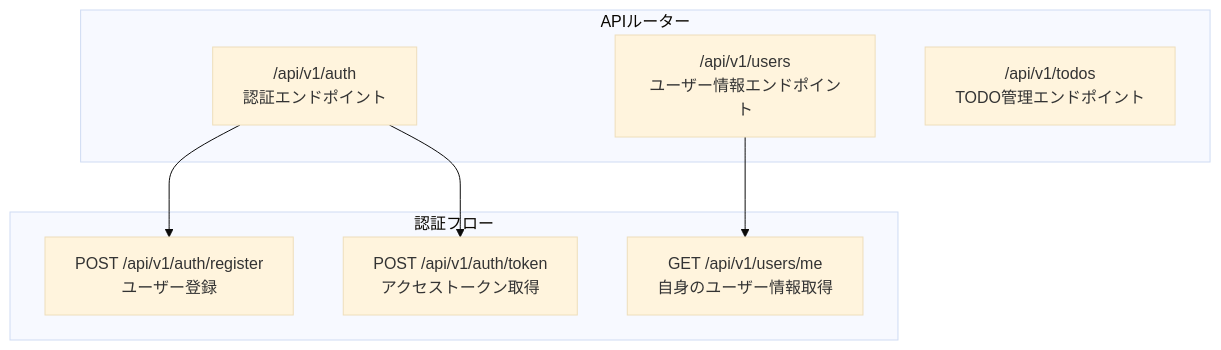
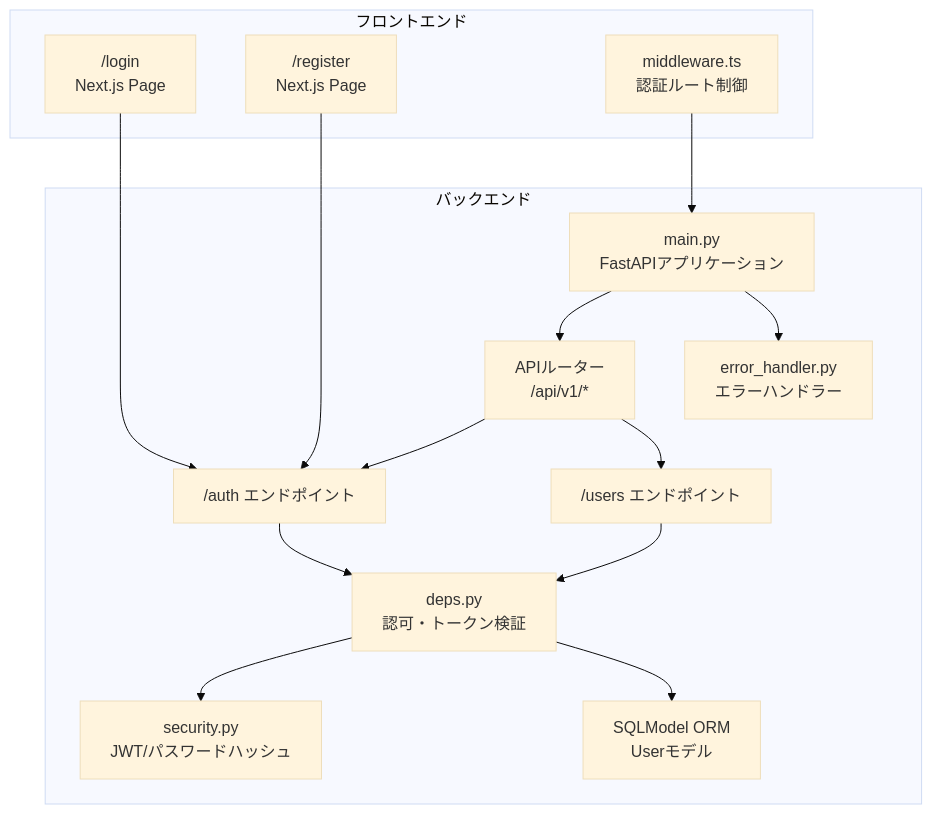
The first of 5 diagrams in .qoder/repowiki/ja/content/APIリファレンス/ユーザーAPI.md (ss8806/Todos), drawn with Mermaid (base theme) before and after one commit. The commit also changed other lines of this file and 106 other files, not shown here.

````diff
--- a/.qoder/repowiki/ja/content/APIリファレンス/ユーザーAPI.md
+++ b/.qoder/repowiki/ja/content/APIリファレンス/ユーザーAPI.md
@@ -40,16 +44,29 @@
 ```mermaid
 graph TB
-subgraph "APIルーター"
-A["/api/v1/auth<br/>認証エンドポイント"]
-B["/api/v1/users<br/>ユーザー情報エンドポイント"]
-C["/api/v1/todos<br/>TODO管理エンドポイント"]
+subgraph "フロントエンド"
+FE_Login["/login<br/>Next.js Page"]
+FE_Register["/register<br/>Next.js Page"]
+FE_MW["middleware.ts<br/>認証ルート制御"]
 end
-subgraph "認証フロー"
-D["POST /api/v1/auth/register<br/>ユーザー登録"]
-E["POST /api/v1/auth/token<br/>アクセストークン取得"]
-F["GET /api/v1/users/me<br/>自身のユーザー情報取得"]
+subgraph "バックエンド"
+BE_Main["main.py<br/>FastAPIアプリケーション"]
+BE_Router["APIルーター<br/>/api/v1/*"]
+BE_Auth["/auth エンドポイント"]
+BE_Users["/users エンドポイント"]
+BE_Deps["deps.py<br/>認可・トークン検証"]
+BE_Security["security.py<br/>JWT/パスワードハッシュ"]
+BE_DB["SQLModel ORM<br/>Userモデル"]
+BE_Err["error_handler.py<br/>エラーハンドラー"]
 end
-A --> E
-A --> D
-B --> F
+FE_Login --> BE_Auth
+FE_Register --> BE_Auth
+FE_MW --> BE_Main
+BE_Main --> BE_Router
+BE_Router --> BE_Auth
+BE_Router --> BE_Users
+BE_Users --> BE_Deps
+BE_Auth --> BE_Deps
+BE_Deps --> BE_Security
+BE_Deps --> BE_DB
+BE_Main --> BE_Err
 ```
````
